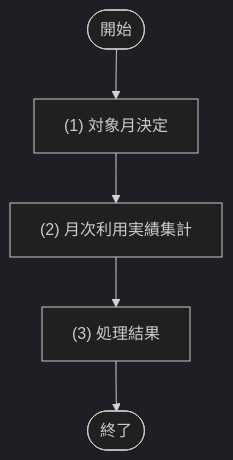
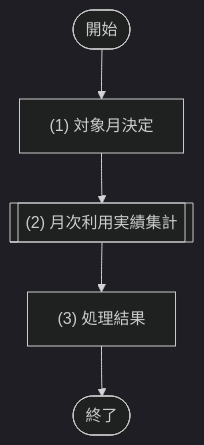
The diagram in docs/03_機能設計/04_JOB設計/JOB-003_月次利用実績集計.md (sikakou54/system-document-template), drawn with Mermaid (dark theme) before and after one commit. The commit also changed 28 other files, not shown here.

````diff
--- a/docs/03_機能設計/04_JOB設計/JOB-003_月次利用実績集計.md
+++ b/docs/03_機能設計/04_JOB設計/JOB-003_月次利用実績集計.md
@@ -33,10 +33,10 @@
 ```mermaid
 flowchart TD
   Start([開始])
   P1["(1) 対象月決定"]
-  P2["(2) 月次利用実績集計"]
+  P2[["(2) 月次利用実績集計"]]
   P3["(3) 処理結果"]
   End([終了])
 
   Start --> P1 --> P2 --> P3 --> End
 ```
````
